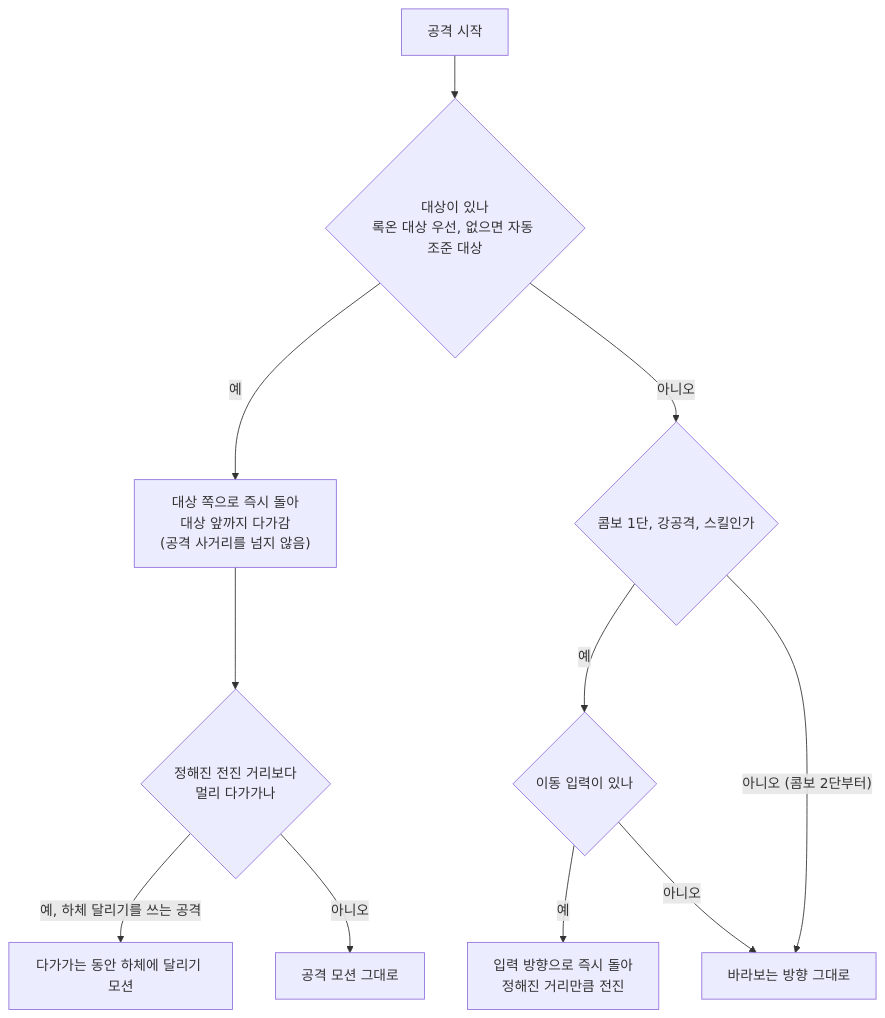
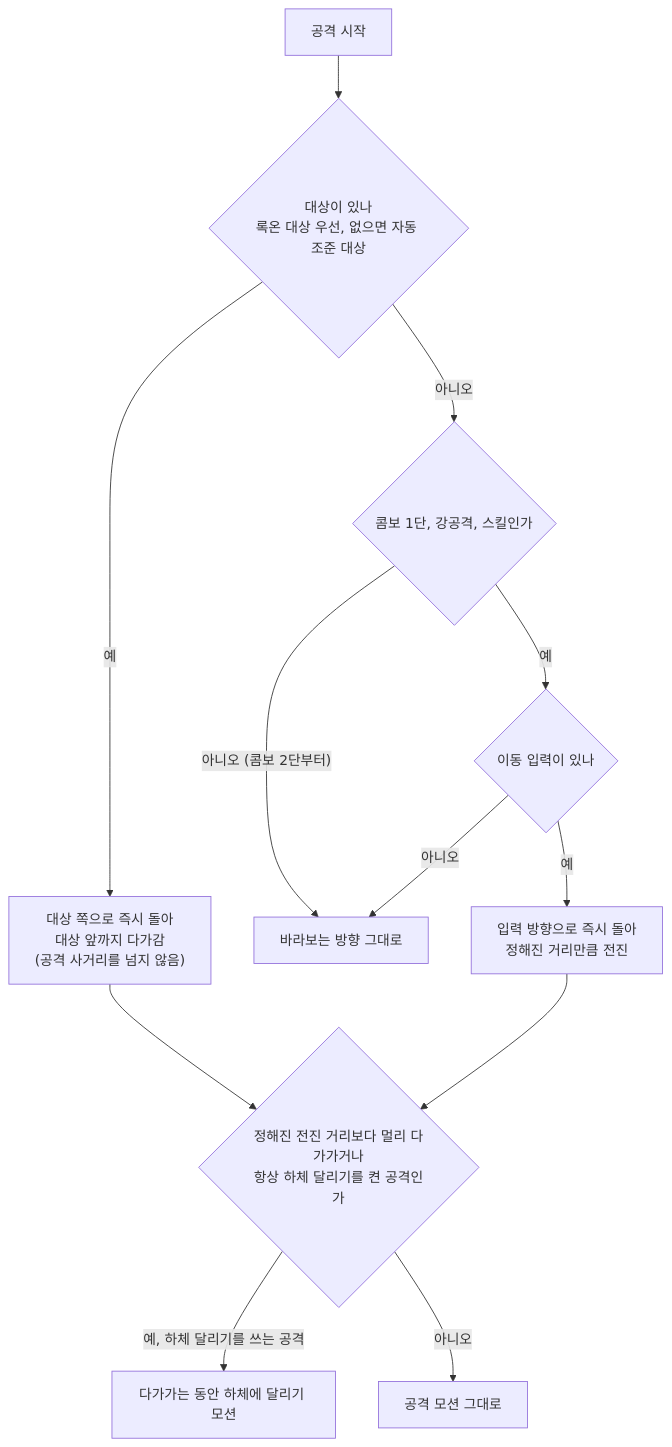
Before and after one commit to SquashPrince/Develrocket_mp15_HHH: the second of 5 diagrams in Docs/Technical/Player/PlayerAttack.md, drawn with Mermaid. The commit also changed other lines of this file and 7 other files, not shown here.

````diff
--- a/Docs/Technical/Player/PlayerAttack.md
+++ b/Docs/Technical/Player/PlayerAttack.md
@@ -60,13 +61,14 @@
 ```mermaid
 flowchart TD
     S["공격 시작"] --> T{"대상이 있나<br>록온 대상 우선, 없으면 자동 조준 대상"}
     T -->|"예"| R["대상 쪽으로 즉시 돌아<br>대상 앞까지 다가감<br>(공격 사거리를 넘지 않음)"]
     T -->|"아니오"| P{"콤보 1단, 강공격, 스킬인가"}
     P -->|"예"| I{"이동 입력이 있나"}
     P -->|"아니오 (콤보 2단부터)"| F["바라보는 방향 그대로"]
     I -->|"예"| D["입력 방향으로 즉시 돌아<br>정해진 거리만큼 전진"]
     I -->|"아니오"| F
-    R --> G{"정해진 전진 거리보다<br>멀리 다가가나"}
+    R --> G{"정해진 전진 거리보다 멀리 다가가거나<br>항상 하체 달리기를 켠 공격인가"}
+    D --> G
     G -->|"예, 하체 달리기를 쓰는 공격"| LR["다가가는 동안 하체에 달리기 모션"]
     G -->|"아니오"| N["공격 모션 그대로"]
 ```
````
